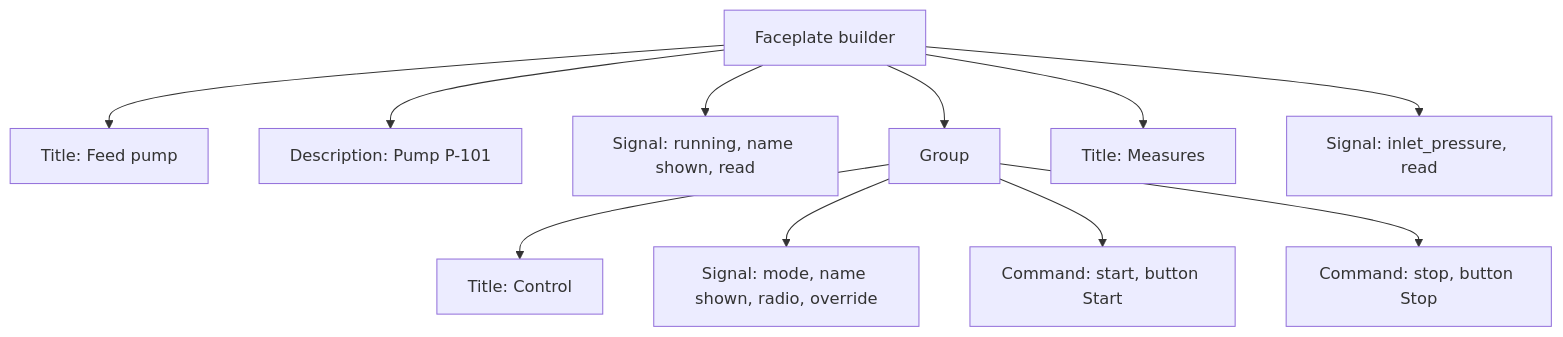
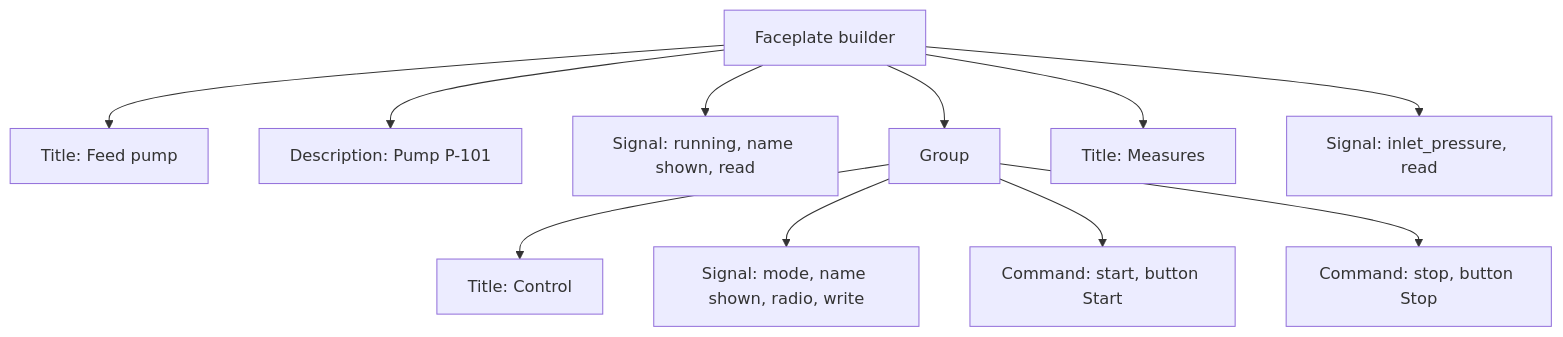
Before and after one commit to AlexandreGallais/synoptic-studio-spec: the fourth of 6 diagrams in metadata/09-presets.md, drawn with Mermaid. The commit also changed other lines of this file and 14 other files, not shown here.

````diff
--- a/metadata/09-presets.md
+++ b/metadata/09-presets.md
@@ -127,13 +126,13 @@
 ```mermaid
 flowchart TD
     FP["Faceplate builder"] --> T["Title: Feed pump"]
     FP --> D["Description: Pump P-101"]
     FP --> E1["Signal: running, name shown, read"]
     FP --> G["Group"]
     G --> GT["Title: Control"]
-    G --> E2["Signal: mode, name shown, radio, override"]
+    G --> E2["Signal: mode, name shown, radio, write"]
     G --> E3["Command: start, button Start"]
     G --> E4["Command: stop, button Stop"]
     FP --> E5["Title: Measures"]
     FP --> E6["Signal: inlet_pressure, read"]
 ```
````
